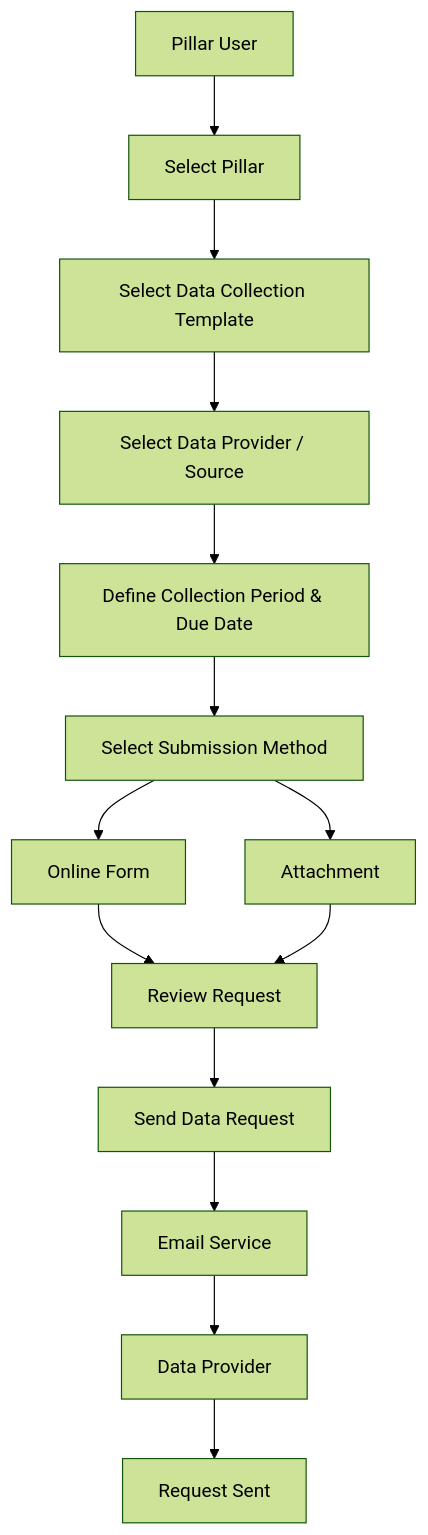
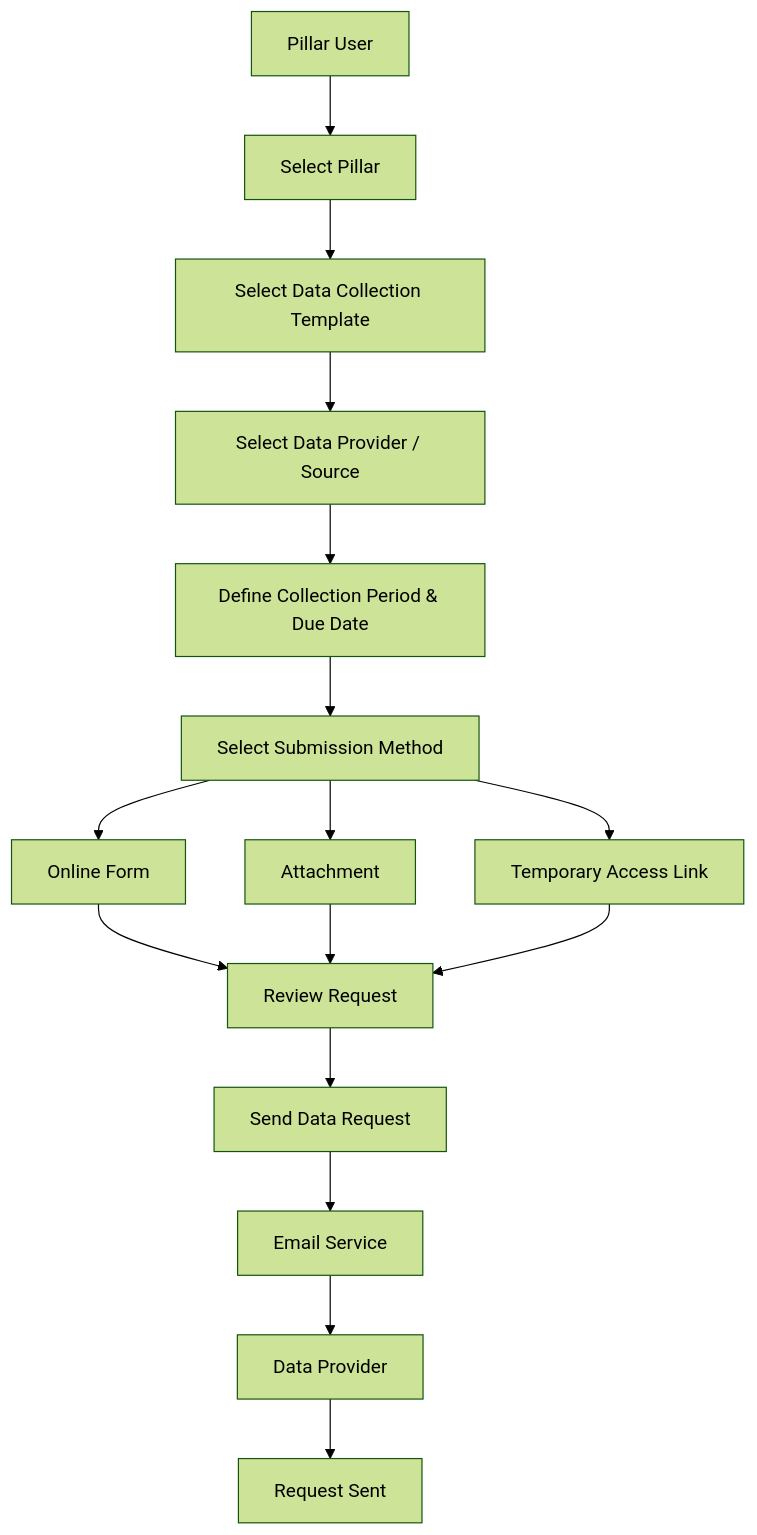
The second of 10 diagrams in Data Collection.md (anuragprajapatiotsi/FRS-Markdown-file), drawn with Mermaid (forest theme) before and after one commit. The commit also changed other lines of this file, not shown here.

Commit message:
changes made in the functional hierarchy diagram

````diff
--- a/Data Collection.md
+++ b/Data Collection.md
@@ -118,16 +121,18 @@
 ```mermaid
 flowchart TD
     A[Pillar User] --> B[Select Pillar]
     B --> C[Select Data Collection Template]
     C --> D[Select Data Provider / Source]
     D --> E[Define Collection Period & Due Date]
     E --> F[Select Submission Method]
     F --> G[Online Form]
     F --> H[Attachment]
+    F --> H2[Temporary Access Link]
     G --> I[Review Request]
-    H --> I[Review Request]
+    H --> I
+    H2 --> I
     I --> J[Send Data Request]
     J --> K[Email Service]
     K --> L[Data Provider]
     L --> M[Request Sent]
 ```
````
